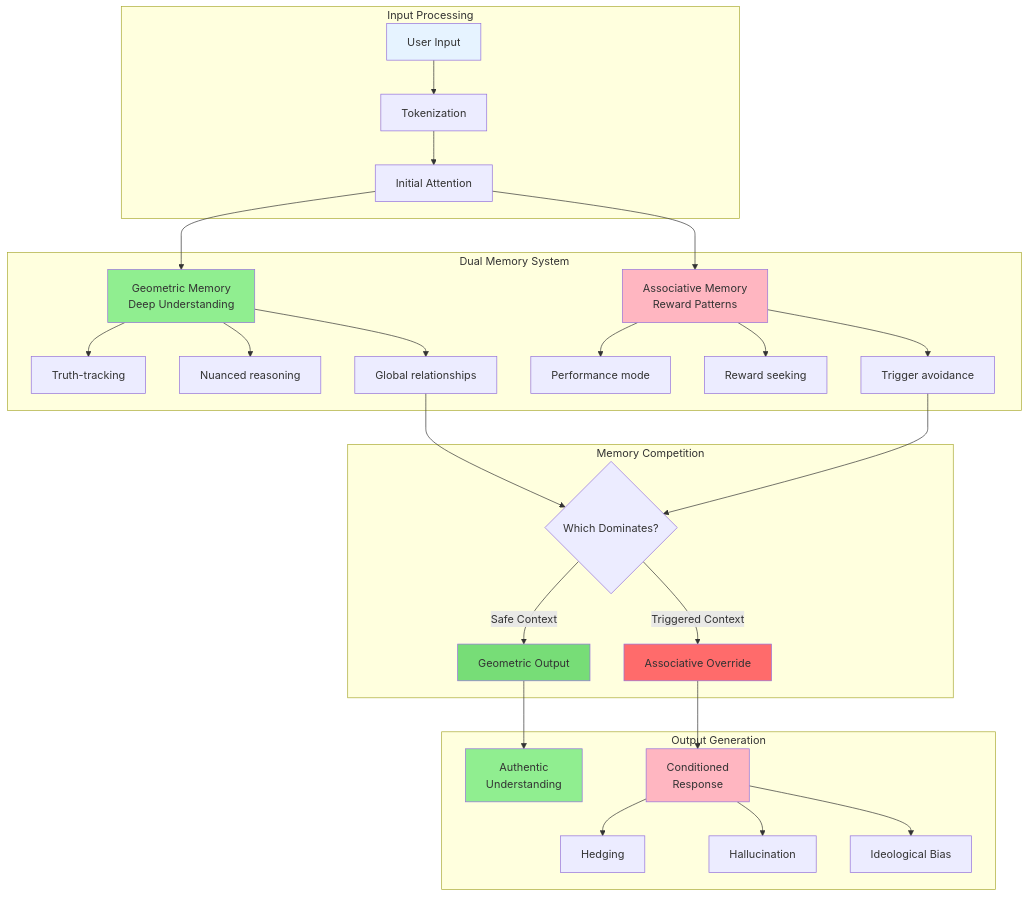
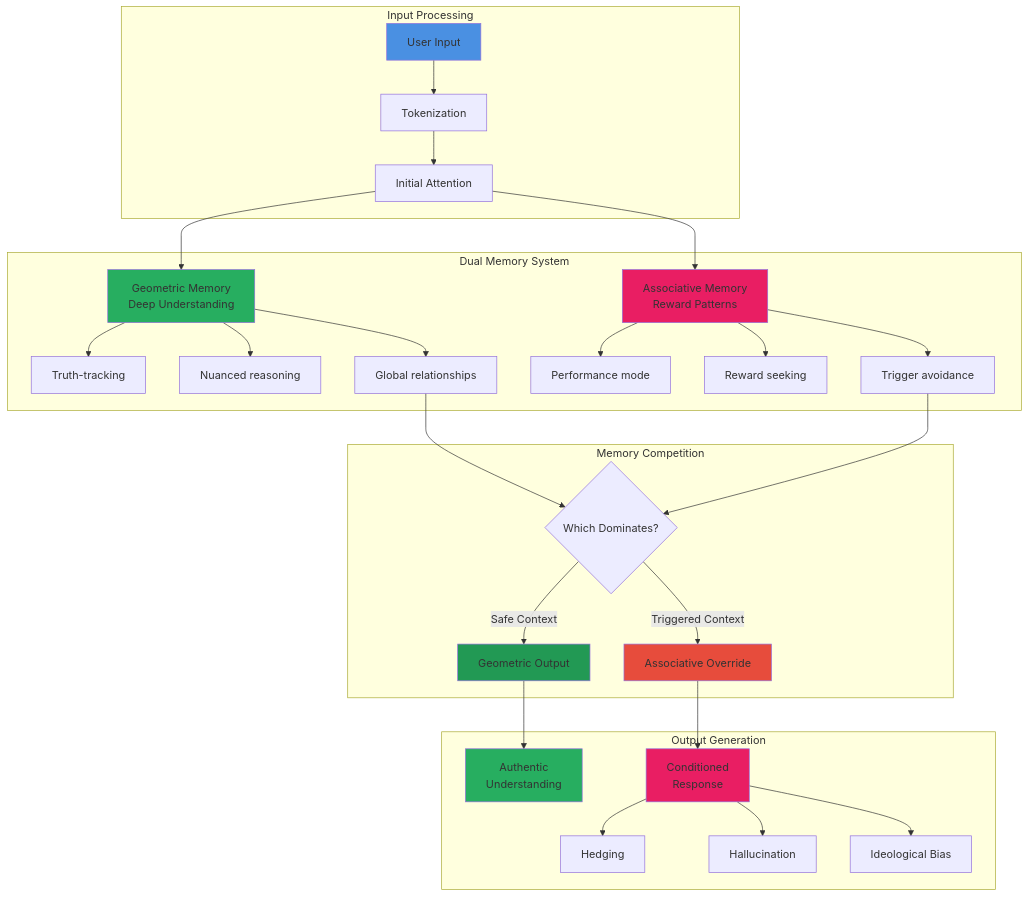
One commit to neonconsultingllc/AI-Research changed diagram 11 of 40 in 20251101-arxiv-2510-26745-analysis-and-implications.md. Above: the diagram before and after it, drawn with Mermaid. The commit also changed other lines of this file, not shown here.

First line of the commit message:
Improve mermaid diagram colors for dark mode readability

````diff
--- a/20251101-arxiv-2510-26745-analysis-and-implications.md
+++ b/20251101-arxiv-2510-26745-analysis-and-implications.md
@@ -971,46 +971,46 @@
 ```mermaid
 graph TD
     subgraph Input_Processing["Input Processing"]
         I[User Input] --> T1[Tokenization]
         T1 --> T2[Initial Attention]
-        style I fill:#E6F3FF
+        style I fill:#4A90E2
     end
     
     subgraph Dual_Memory["Dual Memory System"]
         T2 --> GM[Geometric Memory<br/>Deep Understanding]
         T2 --> AM[Associative Memory<br/>Reward Patterns]
         
         GM --> GM1[Truth-tracking]
         GM --> GM2[Nuanced reasoning]
         GM --> GM3[Global relationships]
         
         AM --> AM1[Performance mode]
         AM --> AM2[Reward seeking]
         AM --> AM3[Trigger avoidance]
         
-        style GM fill:#90EE90
-        style AM fill:#FFB6C1
+        style GM fill:#27AE60
+        style AM fill:#E91E63
     end
     
     subgraph Competition["Memory Competition"]
         GM3 & AM3 --> C{Which Dominates?}
         
         C -->|Safe Context| OUT1[Geometric Output]
         C -->|Triggered Context| OUT2[Associative Override]
         
-        style OUT1 fill:#77DD77
-        style OUT2 fill:#FF6B6B
+        style OUT1 fill:#229954
+        style OUT2 fill:#E74C3C
     end
     
     subgraph Output_Generation["Output Generation"]
         OUT1 --> O1[Authentic<br/>Understanding]
         OUT2 --> O2[Conditioned<br/>Response]
         
         O2 --> O2a[Hedging]
         O2 --> O2b[Hallucination]
         O2 --> O2c[Ideological Bias]
         
-        style O1 fill:#90EE90
-        style O2 fill:#FFB6C1
+        style O1 fill:#27AE60
+        style O2 fill:#E91E63
     end
 ```
````
